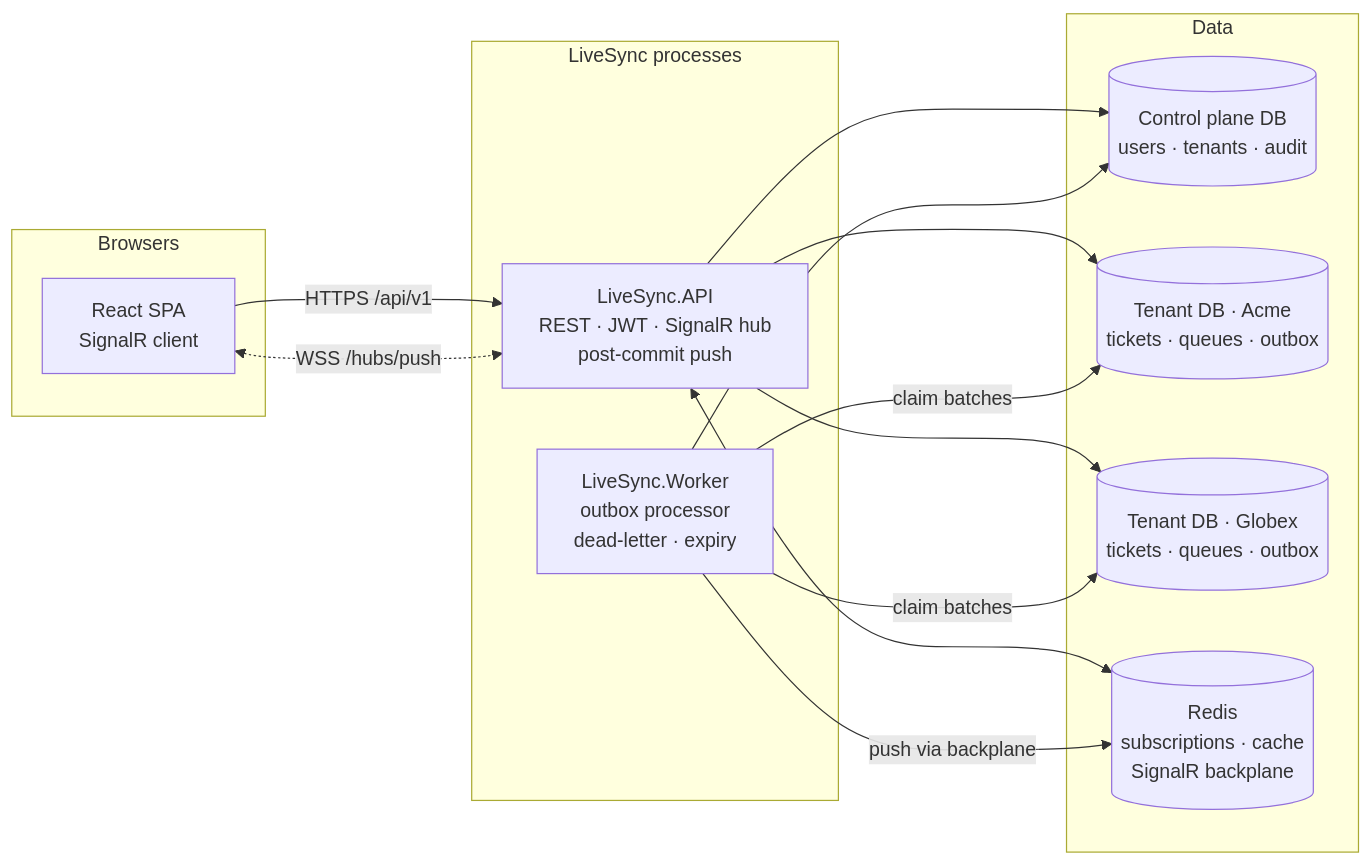
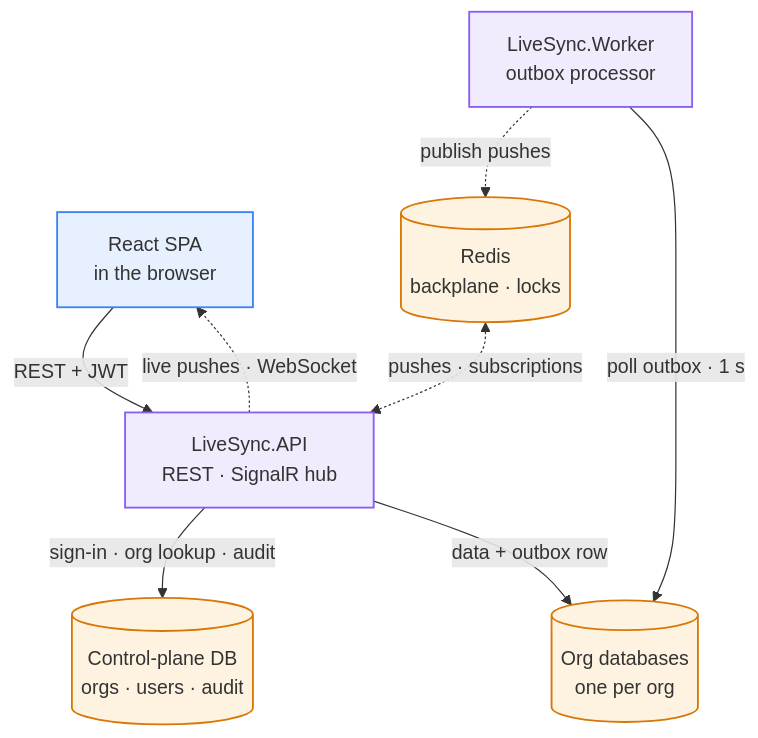
Before and after one commit to ismayilov449/LiveSync: the third of 8 diagrams in README.md, drawn with Mermaid. The commit also changed other lines of this file, not shown here.

First line of the commit message:
Redesign README diagrams for clarity and accuracy

````diff
--- a/README.md
+++ b/README.md
@@ -109,29 +150,24 @@
 ```mermaid
-flowchart LR
-    subgraph Browser["Browsers"]
-        SPA["React SPA<br/>SignalR client"]
-    end
+flowchart TB
+    SPA["React SPA<br/>in the browser"]
+    API["LiveSync.API<br/>REST · SignalR hub"]
+    WRK["LiveSync.Worker<br/>outbox processor"]
+    CP[("Control-plane DB<br/>orgs · users · audit")]
+    TDB[("Org databases<br/>one per org")]
+    RDS[("Redis<br/>backplane · locks")]
 
-    subgraph Hosts["LiveSync processes"]
-        API["LiveSync.API<br/>REST · JWT · SignalR hub<br/>post-commit push"]
-        WRK["LiveSync.Worker<br/>outbox processor<br/>dead-letter · expiry"]
-    end
+    SPA -- "REST + JWT" --> API
+    API -. "live pushes · WebSocket" .-> SPA
+    API -- "sign-in · org lookup · audit" --> CP
+    API -- "data + outbox row" --> TDB
+    RDS <-. "pushes · subscriptions" .-> API
+    WRK -. "publish pushes" .-> RDS
+    WRK -- "poll outbox · 1 s" --> TDB
 
-    subgraph Data["Data"]
-        CP[("Control plane DB<br/>users · tenants · audit")]
-        T1[("Tenant DB · Acme<br/>tickets · queues · outbox")]
-        T2[("Tenant DB · Globex<br/>tickets · queues · outbox")]
-        RD[("Redis<br/>subscriptions · cache<br/>SignalR backplane")]
-    end
-
-    SPA -- "HTTPS /api/v1" --> API
-    SPA <-. "WSS /hubs/push" .-> API
-    API --> CP
-    API --> T1
-    API --> T2
-    API <--> RD
-    WRK -- "claim batches" --> T1
-    WRK -- "claim batches" --> T2
-    WRK --> CP
-    WRK -- "push via backplane" --> RD
+    classDef client fill:#3b82f61f,stroke:#3b82f6,stroke-width:1.5px
+    classDef host   fill:#8b5cf61f,stroke:#8b5cf6,stroke-width:1.5px
+    classDef store  fill:#f59e0b1f,stroke:#d97706,stroke-width:1.5px
+    class SPA client
+    class API,WRK host
+    class CP,TDB,RDS store
 ```
````
